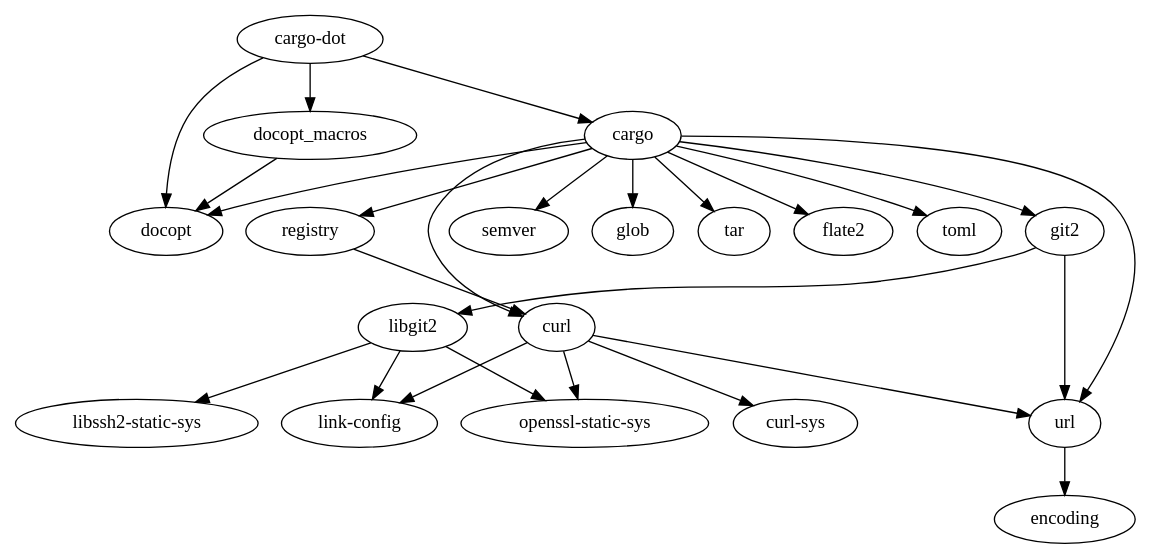
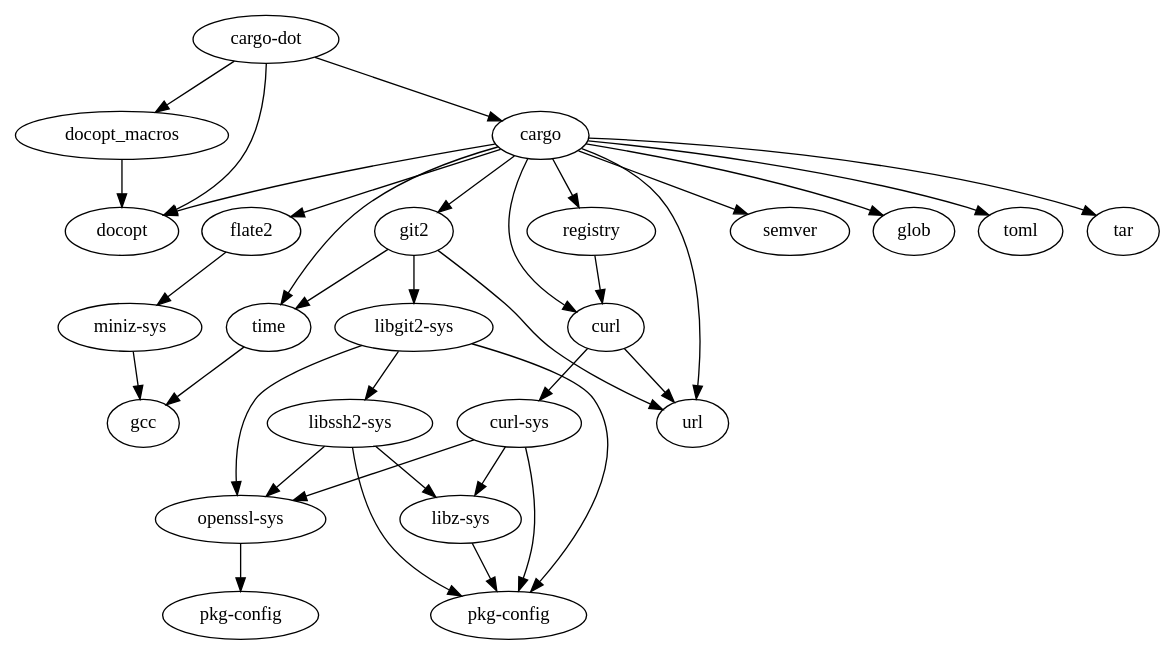
The diagram in etc/cargo-dot.dot (kbknapp/cargo-graph), drawn with Graphviz before and after one commit. The commit also changed 1 other file, not shown here.

Commit message:
update cargo-dot example

```diff
--- a/etc/cargo-dot.dot
+++ b/etc/cargo-dot.dot
@@ -1,46 +1,60 @@
-digraph example3 {
+digraph dependencies {
     N0[label="cargo-dot"];
-    N1[label="git2"];
-    N2[label="url"];
-    N3[label="libgit2"];
-    N4[label="openssl-static-sys"];
-    N5[label="libssh2-static-sys"];
-    N6[label="link-config"];
-    N7[label="semver"];
-    N8[label="docopt_macros"];
-    N9[label="docopt"];
-    N10[label="glob"];
-    N11[label="tar"];
-    N12[label="encoding"];
-    N13[label="curl-sys"];
-    N14[label="cargo"];
-    N15[label="flate2"];
-    N16[label="toml"];
-    N17[label="curl"];
-    N18[label="registry"];
-    N1 -> N2[label=""];
-    N1 -> N3[label=""];
-    N3 -> N4[label=""];
-    N3 -> N5[label=""];
-    N3 -> N6[label=""];
+    N1[label="tar"];
+    N2[label="docopt_macros"];
+    N3[label="docopt"];
+    N4[label="flate2"];
+    N5[label="miniz-sys"];
+    N6[label="pkg-config"];
+    N7[label="gcc"];
+    N8[label="registry"];
+    N9[label="curl"];
+    N10[label="semver"];
+    N11[label="curl-sys"];
+    N12[label="openssl-sys"];
+    N13[label="pkg-config"];
+    N14[label="libz-sys"];
+    N15[label="url"];
+    N16[label="glob"];
+    N17[label="cargo"];
+    N18[label="time"];
+    N19[label="git2"];
+    N20[label="toml"];
+    N21[label="libgit2-sys"];
+    N22[label="libssh2-sys"];
+    N2 -> N3[label=""];
+    N4 -> N5[label=""];
     N8 -> N9[label=""];
-    N2 -> N12[label=""];
-    N14 -> N10[label=""];
-    N14 -> N15[label=""];
-    N14 -> N7[label=""];
-    N14 -> N16[label=""];
-    N14 -> N17[label=""];
-    N14 -> N2[label=""];
-    N14 -> N11[label=""];
-    N14 -> N18[label=""];
-    N14 -> N9[label=""];
-    N14 -> N1[label=""];
-    N17 -> N6[label=""];
+    N11 -> N12[label=""];
+    N11 -> N13[label=""];
+    N11 -> N14[label=""];
+    N12 -> N6[label=""];
+    N17 -> N18[label=""];
+    N17 -> N9[label=""];
+    N17 -> N16[label=""];
+    N17 -> N10[label=""];
+    N17 -> N3[label=""];
+    N17 -> N1[label=""];
+    N17 -> N8[label=""];
     N17 -> N4[label=""];
-    N17 -> N13[label=""];
-    N17 -> N2[label=""];
-    N18 -> N17[label=""];
-    N0 -> N8[label=""];
-    N0 -> N9[label=""];
-    N0 -> N14[label=""];
+    N17 -> N19[label=""];
+    N17 -> N20[label=""];
+    N17 -> N15[label=""];
+    N9 -> N11[label=""];
+    N9 -> N15[label=""];
+    N21 -> N22[label=""];
+    N21 -> N13[label=""];
+    N21 -> N12[label=""];
+    N14 -> N13[label=""];
+    N0 -> N2[label=""];
+    N0 -> N17[label=""];
+    N0 -> N3[label=""];
+    N5 -> N7[label=""];
+    N18 -> N7[label=""];
+    N19 -> N18[label=""];
+    N19 -> N15[label=""];
+    N19 -> N21[label=""];
+    N22 -> N12[label=""];
+    N22 -> N14[label=""];
+    N22 -> N13[label=""];
 }
```
